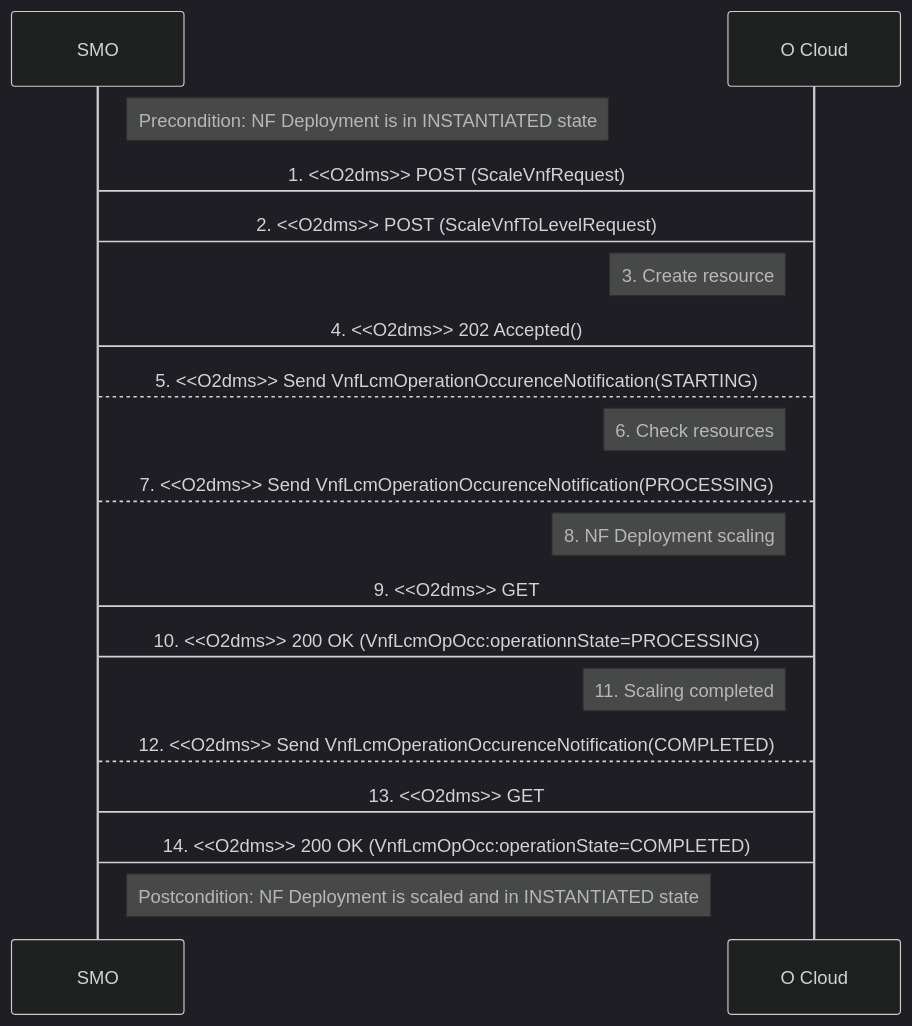
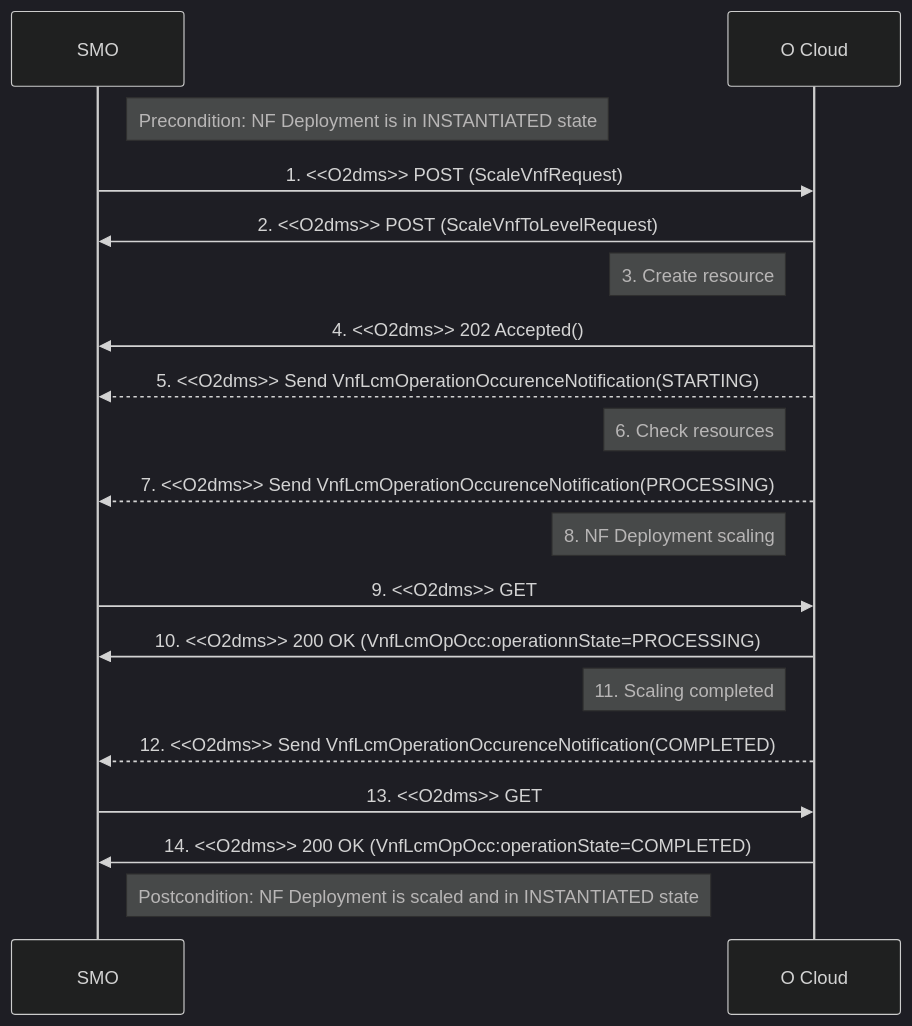
Before and after one commit to NTUST-BMW-Lab/documentation-book: the sixth of 8 diagrams in O-RAN/O2 Interface/3_O2dms_Services.md, drawn with Mermaid (dark theme). The commit also changed other lines of this file, not shown here.

````diff
--- a/O-RAN/O2 Interface/3_O2dms_Services.md
+++ b/O-RAN/O2 Interface/3_O2dms_Services.md
@@ -156,19 +156,19 @@
 ```mermaid
 sequenceDiagram
 Note right of SMO: Precondition: NF Deployment is in INSTANTIATED state
-SMO->O Cloud: 1. <<O2dms>> POST (ScaleVnfRequest)
-O Cloud->SMO: 2. <<O2dms>> POST (ScaleVnfToLevelRequest)
+SMO->>O Cloud: 1. <<O2dms>> POST (ScaleVnfRequest)
+O Cloud->>SMO: 2. <<O2dms>> POST (ScaleVnfToLevelRequest)
 Note left of O Cloud: 3. Create resource
-O Cloud->SMO: 4. <<O2dms>> 202 Accepted()
-O Cloud-->SMO: 5. <<O2dms>> Send VnfLcmOperationOccurenceNotification(STARTING)
+O Cloud->>SMO: 4. <<O2dms>> 202 Accepted()
+O Cloud-->>SMO: 5. <<O2dms>> Send VnfLcmOperationOccurenceNotification(STARTING)
 Note left of O Cloud: 6. Check resources
-O Cloud-->SMO: 7. <<O2dms>> Send VnfLcmOperationOccurenceNotification(PROCESSING)
+O Cloud-->>SMO: 7. <<O2dms>> Send VnfLcmOperationOccurenceNotification(PROCESSING)
 Note left of O Cloud: 8. NF Deployment scaling
-SMO->O Cloud: 9. <<O2dms>> GET
-O Cloud->SMO: 10. <<O2dms>> 200 OK (VnfLcmOpOcc:operationnState=PROCESSING)
+SMO->>O Cloud: 9. <<O2dms>> GET
+O Cloud->>SMO: 10. <<O2dms>> 200 OK (VnfLcmOpOcc:operationnState=PROCESSING)
 Note left of O Cloud: 11. Scaling completed
-O Cloud-->SMO: 12. <<O2dms>> Send VnfLcmOperationOccurenceNotification(COMPLETED)
-SMO->O Cloud: 13. <<O2dms>> GET
-O Cloud->SMO: 14. <<O2dms>> 200 OK (VnfLcmOpOcc:operationState=COMPLETED)
+O Cloud-->>SMO: 12. <<O2dms>> Send VnfLcmOperationOccurenceNotification(COMPLETED)
+SMO->>O Cloud: 13. <<O2dms>> GET
+O Cloud->>SMO: 14. <<O2dms>> 200 OK (VnfLcmOpOcc:operationState=COMPLETED)
 Note right of SMO: Postcondition: NF Deployment is scaled and in INSTANTIATED state
 ```
````
